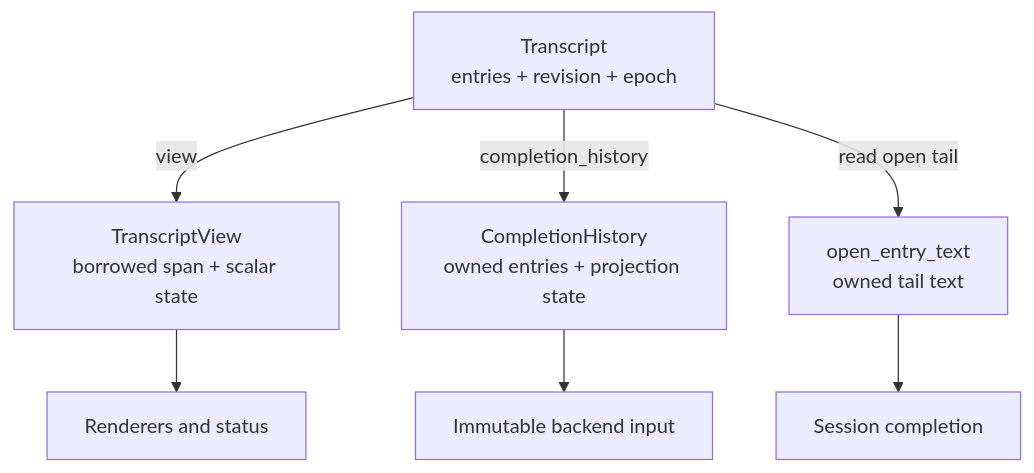
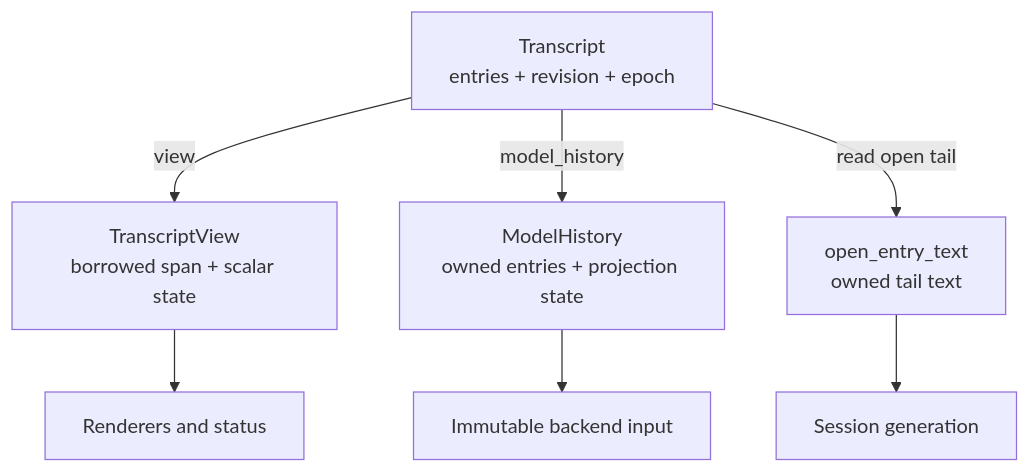
The third of 3 diagrams in src/chat/README.md (michaelpopov/cha), drawn with Mermaid before and after one commit. The commit also changed other lines of this file and 62 other files, not shown here.

````diff
--- a/src/chat/README.md
+++ b/src/chat/README.md
@@ -153,14 +153,14 @@
 ```mermaid
 flowchart TD
     C["Transcript<br/>entries + revision + epoch"]
     V["TranscriptView<br/>borrowed span + scalar state"]
-    H["CompletionHistory<br/>owned entries + projection state"]
+    H["ModelHistory<br/>owned entries + projection state"]
     O["open_entry_text<br/>owned tail text"]
     R["Renderers and status"]
     B["Immutable backend input"]
-    S["Session completion"]
+    S["Session generation"]
 
     C -->|"view"| V --> R
-    C -->|"completion_history"| H --> B
+    C -->|"model_history"| H --> B
     C -->|"read open tail"| O --> S
 ```
````
